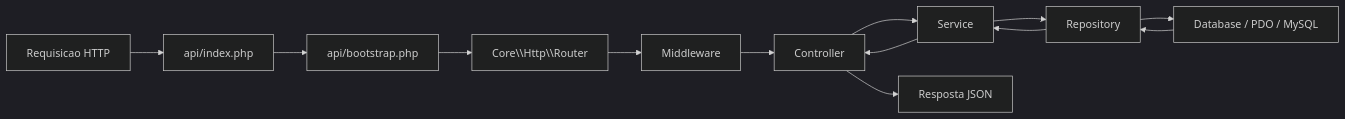
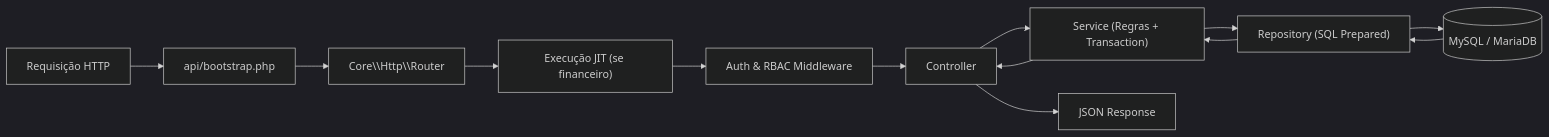
Before and after one commit to Rafael-Nz/LTD-C.T-Centro-de-Treinamento: the third of 3 diagrams in docs/arquitetura.md, drawn with Mermaid (dark theme). The commit also changed other lines of this file and 20 other files, not shown here.

````diff
--- a/docs/arquitetura.md
+++ b/docs/arquitetura.md
@@ -140,15 +122,13 @@
 ```mermaid
 flowchart LR
-    A["Requisicao HTTP"] --> B["api/index.php"]
-    B --> C["api/bootstrap.php"]
-    C --> D["Core\\Http\\Router"]
-    D --> E["Middleware"]
-    E --> F["Controller"]
-    F --> G["Service"]
-    G --> H["Repository"]
-    H --> I["Database / PDO / MySQL"]
-    I --> H
-    H --> G
-    G --> F
-    F --> J["Resposta JSON"]
+    Req["Requisição HTTP"] --> Boot["api/bootstrap.php"]
+    Boot --> Route["Core\\Http\\Router"]
+    Route --> JIT["Execução JIT (se financeiro)"]
+    JIT --> Mid["Auth & RBAC Middleware"]
+    Mid --> Ctrl["Controller"]
+    Ctrl --> Svc["Service (Regras + Transaction)"]
+    Svc --> Repo["Repository (SQL Prepared)"]
+    Repo --> DB[("MySQL / MariaDB")]
+    DB --> Repo --> Svc --> Ctrl
+    Ctrl --> Res["JSON Response"]
 ```
````
